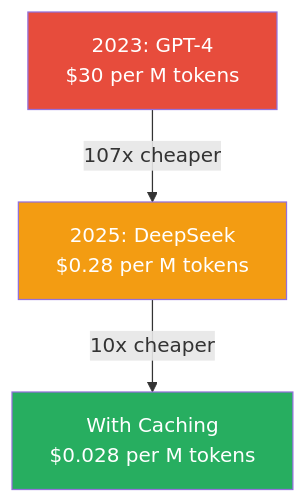
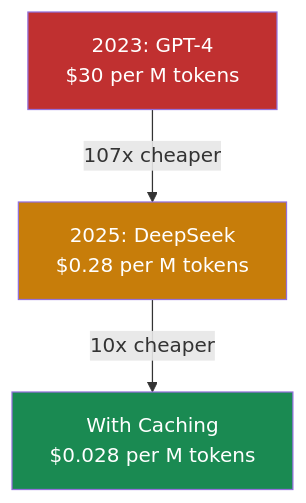
Before and after one commit to saurav-yirifi/blueprint-ai-first-company: the first of 2 diagrams in book/part-1-foundations/01-the-ai-first-imperative/01-the-ai-inflection-point.md, drawn with Mermaid. The commit also changed other lines of this file and 84 other files, not shown here.

First line of the commit message:
Upgrade CSS theming and standardize Mermaid diagram colors

````diff
--- a/book/part-1-foundations/01-the-ai-first-imperative/01-the-ai-inflection-point.md
+++ b/book/part-1-foundations/01-the-ai-first-imperative/01-the-ai-inflection-point.md
@@ -15,12 +15,12 @@
 ```mermaid
 flowchart TB
     A["2023: GPT-4<br/>$30 per M tokens"]
     A -->|"107x cheaper"| B
     B["2025: DeepSeek<br/>$0.28 per M tokens"]
     B -->|"10x cheaper"| C
     C["With Caching<br/>$0.028 per M tokens"]
 
-    style A fill:#e74c3c,color:#fff
-    style B fill:#f39c12,color:#fff
-    style C fill:#27ae60,color:#fff
+    style A fill:#c03030,color:#fff
+    style B fill:#c77d0a,color:#fff
+    style C fill:#1a8a52,color:#fff
 ```
````
